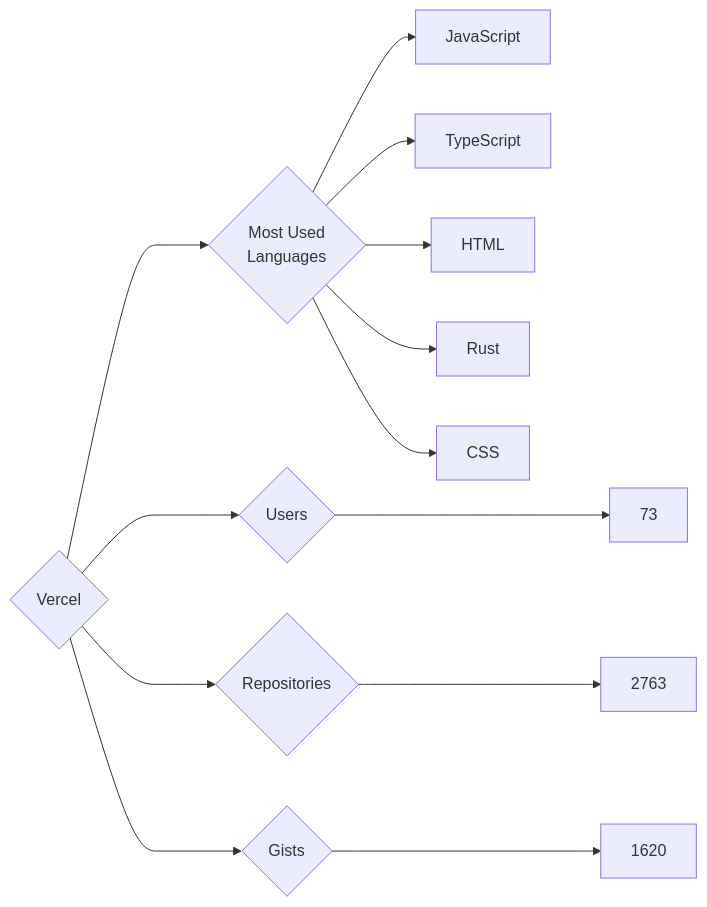
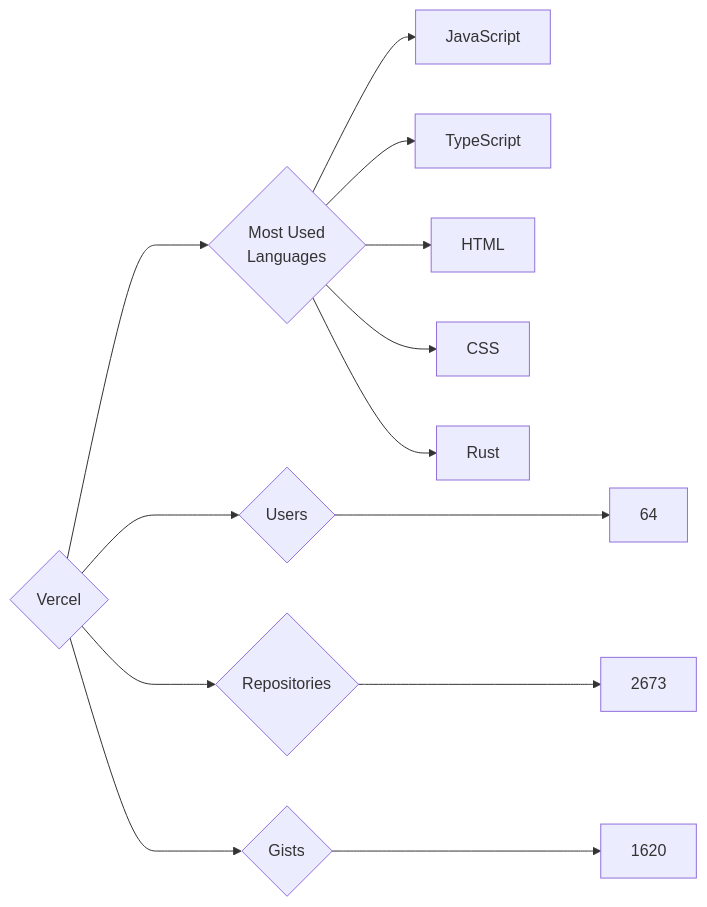
One commit to trickest/insiders changed the diagram in targets/Vercel/README.md. Above: the diagram before and after it, drawn with Mermaid. The commit also changed 823 other files, not shown here.

````diff
--- a/targets/Vercel/README.md
+++ b/targets/Vercel/README.md
@@ -3,13 +3,13 @@
 ```mermaid
 graph LR
 COMPANY_NAME{Vercel}
-COMPANY_NAME ---> U{Users} ---> UN[73]
-COMPANY_NAME ---> R{Repositories} ---> RN[2763]
+COMPANY_NAME ---> U{Users} ---> UN[64]
+COMPANY_NAME ---> R{Repositories} ---> RN[2673]
 COMPANY_NAME ---> G{Gists} ---> GN[1620]
 COMPANY_NAME ---> ML{Most Used<br>Languages}
 ML --> JavaScript[JavaScript]
 ML --> TypeScript[TypeScript]
 ML --> HTML[HTML]
+ML --> CSS[CSS]
 ML --> Rust[Rust]
-ML --> CSS[CSS]
 ```
````
